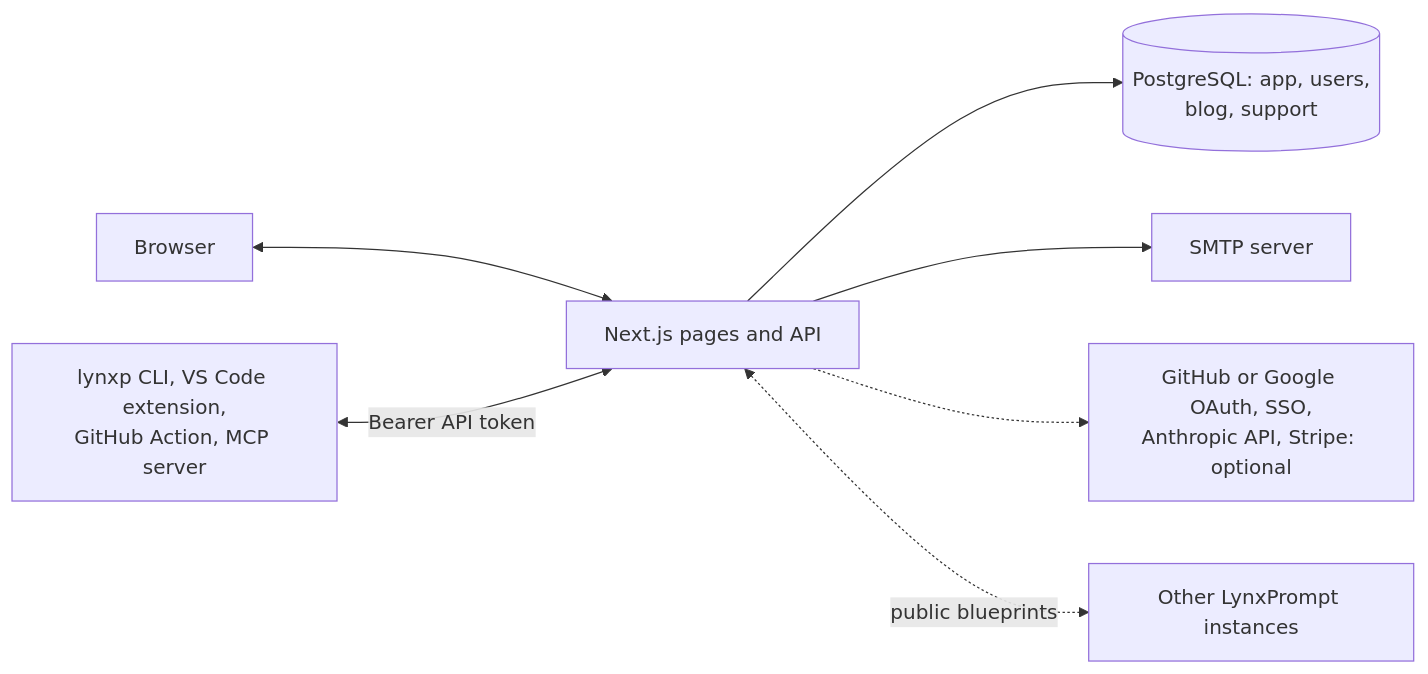
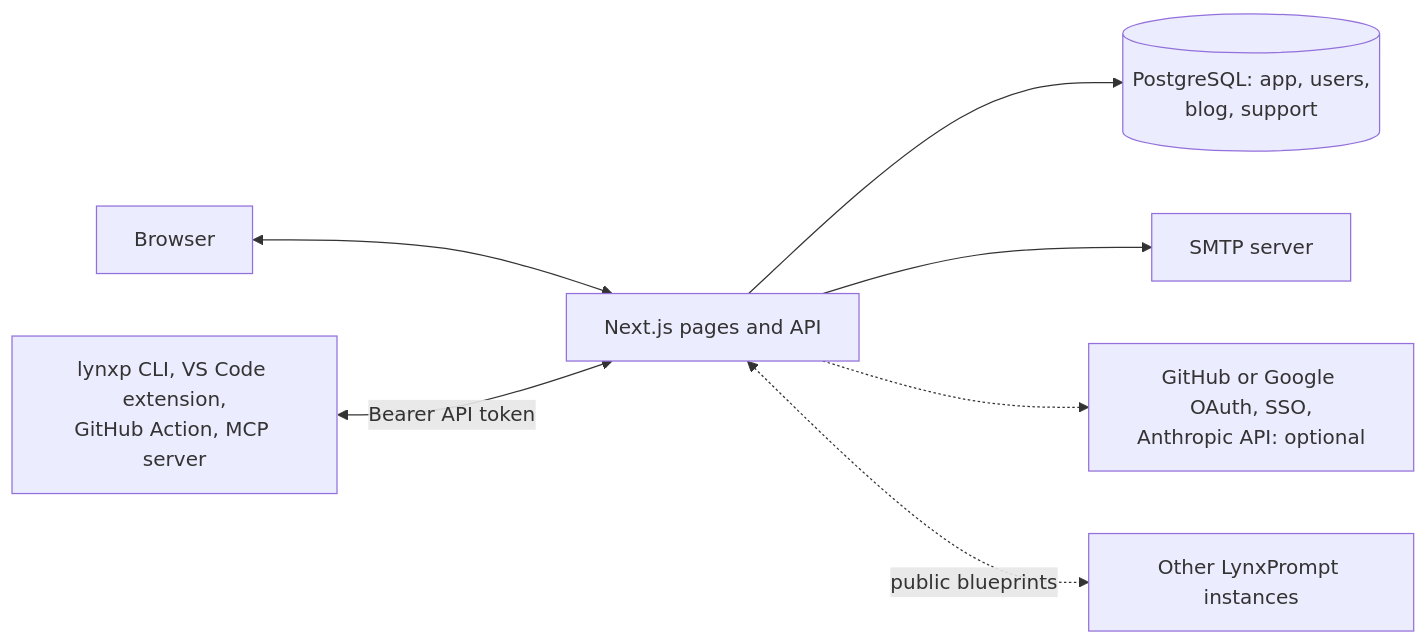
Before and after one commit to GeiserX/LynxPrompt: the diagram in docs/how-it-works.md, drawn with Mermaid. The commit also changed 6 other files, not shown here.

````diff
--- a/docs/how-it-works.md
+++ b/docs/how-it-works.md
@@ -19,9 +19,9 @@
 ```mermaid
 flowchart LR
     BR[Browser] <--> WEB[Next.js pages and API]
     CLI[lynxp CLI, VS Code extension,<br/>GitHub Action, MCP server] <-->|Bearer API token| WEB
     WEB --> DB[(PostgreSQL: app, users,<br/>blog, support)]
     WEB --> SMTP[SMTP server]
-    WEB -.-> EXT[GitHub or Google OAuth, SSO,<br/>Anthropic API, Stripe: optional]
+    WEB -.-> EXT[GitHub or Google OAuth, SSO,<br/>Anthropic API: optional]
     WEB <-.->|public blueprints| FED[Other LynxPrompt instances]
 ```
````
